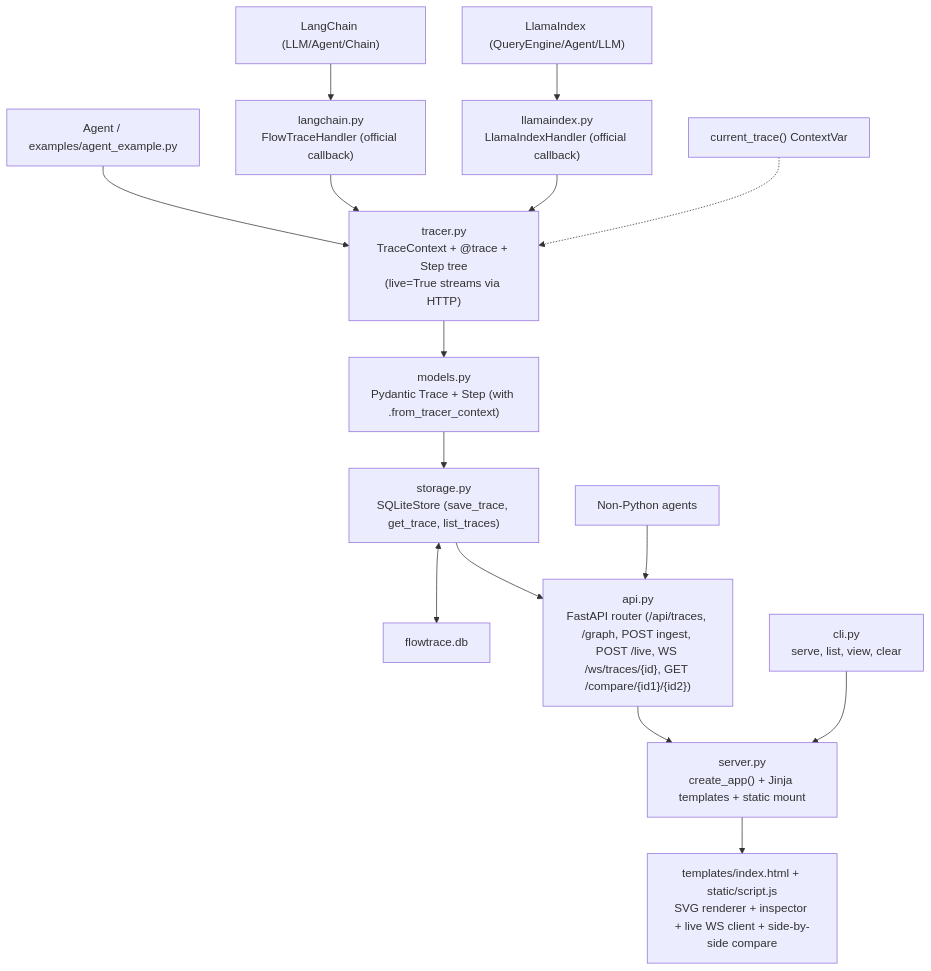
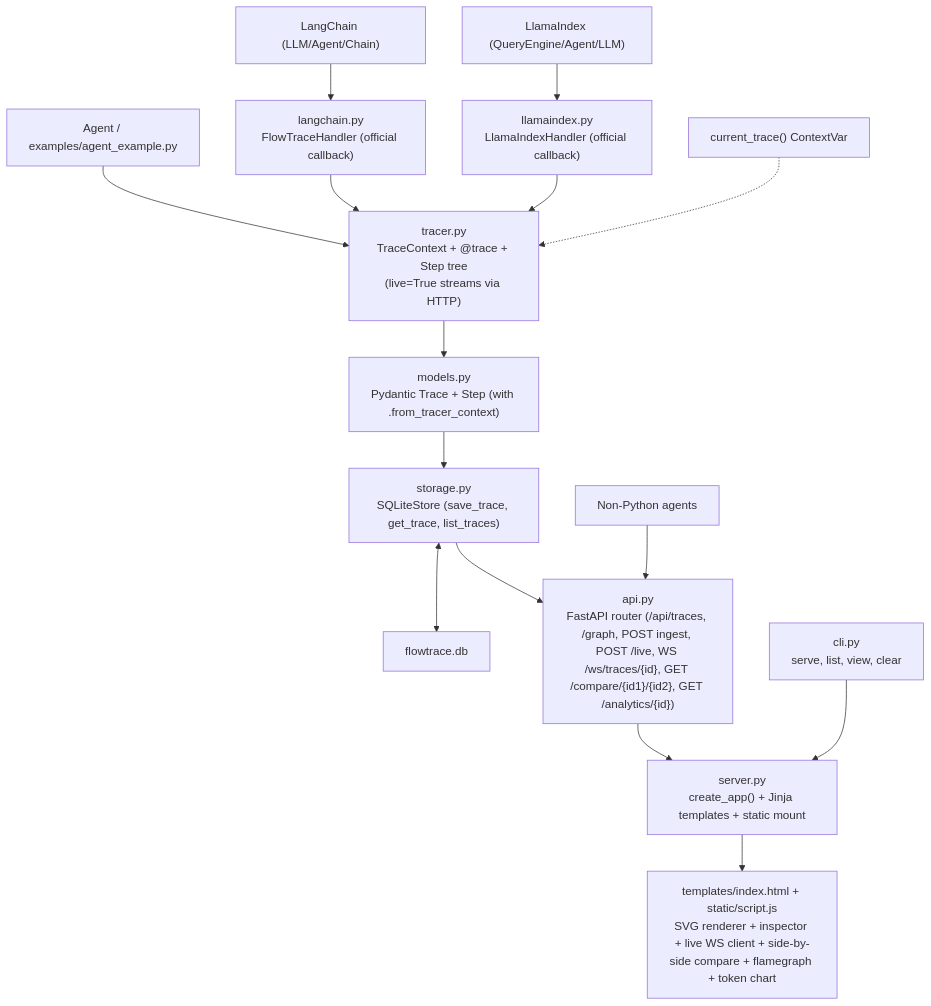
One commit to ajendras/flowtrace changed the diagram in README.md. Above: the diagram before and after it, drawn with Mermaid. The commit also changed other lines of this file and 3 other files, not shown here.

Commit message:
feat(dashboard): add latency flamegraph and per-step token analytics

````diff
--- a/README.md
+++ b/README.md
@@ -384,17 +396,17 @@
 ```mermaid
 flowchart TD
     AgentCode["Agent / examples/agent_example.py"] --> Tracer["tracer.py<br/>TraceContext + @trace + Step tree<br/>(live=True streams via HTTP)"]
     LangChain["LangChain (LLM/Agent/Chain)"] --> Handler["langchain.py<br/>FlowTraceHandler (official callback)"]
     LlamaIndex["LlamaIndex (QueryEngine/Agent/LLM)"] --> Handler2["llamaindex.py<br/>LlamaIndexHandler (official callback)"]
     Handler --> Tracer
     Handler2 --> Tracer
     Tracer --> Models["models.py<br/>Pydantic Trace + Step (with .from_tracer_context)"]
     Models --> Storage["storage.py<br/>SQLiteStore (save_trace, get_trace, list_traces)"]
     Storage <--> DB["flowtrace.db"]
-    Storage --> API["api.py<br/>FastAPI router (/api/traces, /graph, POST ingest, POST /live, WS /ws/traces/{id}, GET /compare/{id1}/{id2})"]
+    Storage --> API["api.py<br/>FastAPI router (/api/traces, /graph, POST ingest, POST /live, WS /ws/traces/{id}, GET /compare/{id1}/{id2}, GET /analytics/{id})"]
     API --> Server["server.py<br/>create_app() + Jinja templates + static mount"]
-    Server --> UI["templates/index.html + static/script.js<br/>SVG renderer + inspector + live WS client + side-by-side compare"]
+    Server --> UI["templates/index.html + static/script.js<br/>SVG renderer + inspector + live WS client + side-by-side compare + flamegraph + token chart"]
     CLI["cli.py<br/>serve, list, view, clear"] --> Server
     External["Non-Python agents"] --> API
     current_trace["current_trace() ContextVar"] -.-> Tracer
 ```
````
